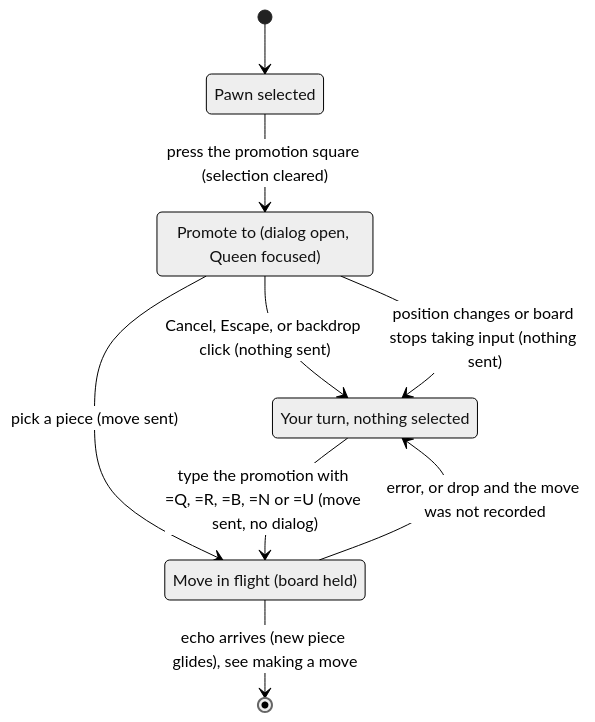
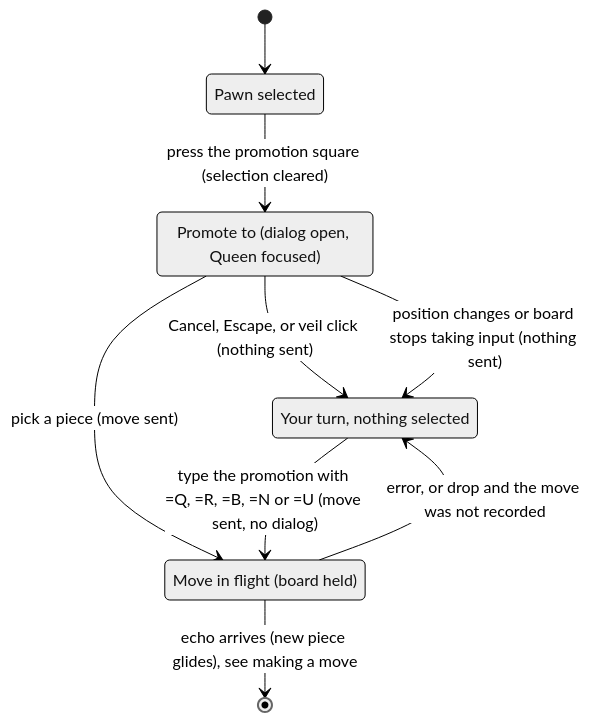
Before and after one commit to howard36/3d-chess: the diagram in product-description/play/promotion.md, drawn with Mermaid (neutral theme). The commit also changed other lines of this file and 19 other files, not shown here.

````diff
--- a/product-description/play/promotion.md
+++ b/product-description/play/promotion.md
@@ -17,15 +17,15 @@
 ```mermaid
 stateDiagram-v2
     state "Pawn selected" as selected
     state "Promote to (dialog open, Queen focused)" as dialog
     state "Move in flight (board held)" as flight
     state "Your turn, nothing selected" as idle
     [*] --> selected
     selected --> dialog : press the promotion square (selection cleared)
-    dialog --> idle : Cancel, Escape, or backdrop click (nothing sent)
+    dialog --> idle : Cancel, Escape, or veil click (nothing sent)
     dialog --> idle : position changes or board stops taking input (nothing sent)
     dialog --> flight : pick a piece (move sent)
     idle --> flight : type the promotion with =Q, =R, =B, =N or =U (move sent, no dialog)
     flight --> [*] : echo arrives (new piece glides), see making a move
     flight --> idle : error, or drop and the move was not recorded
 ```
````
